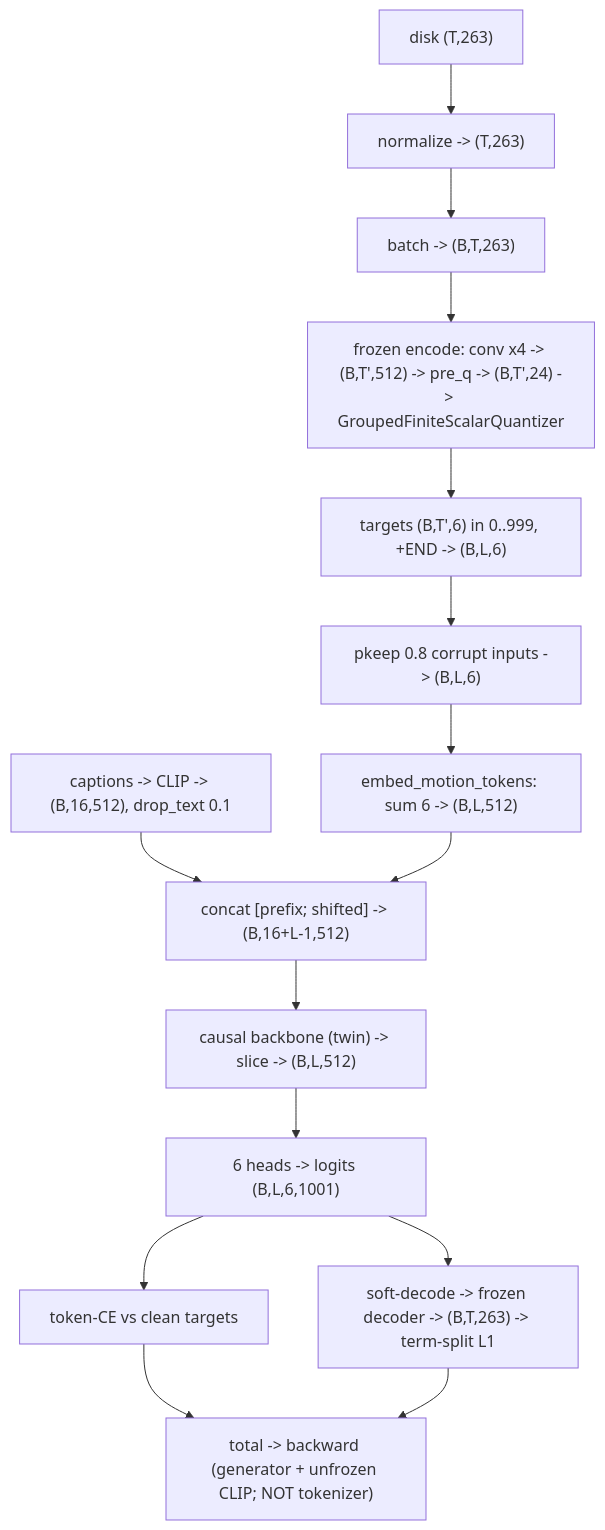
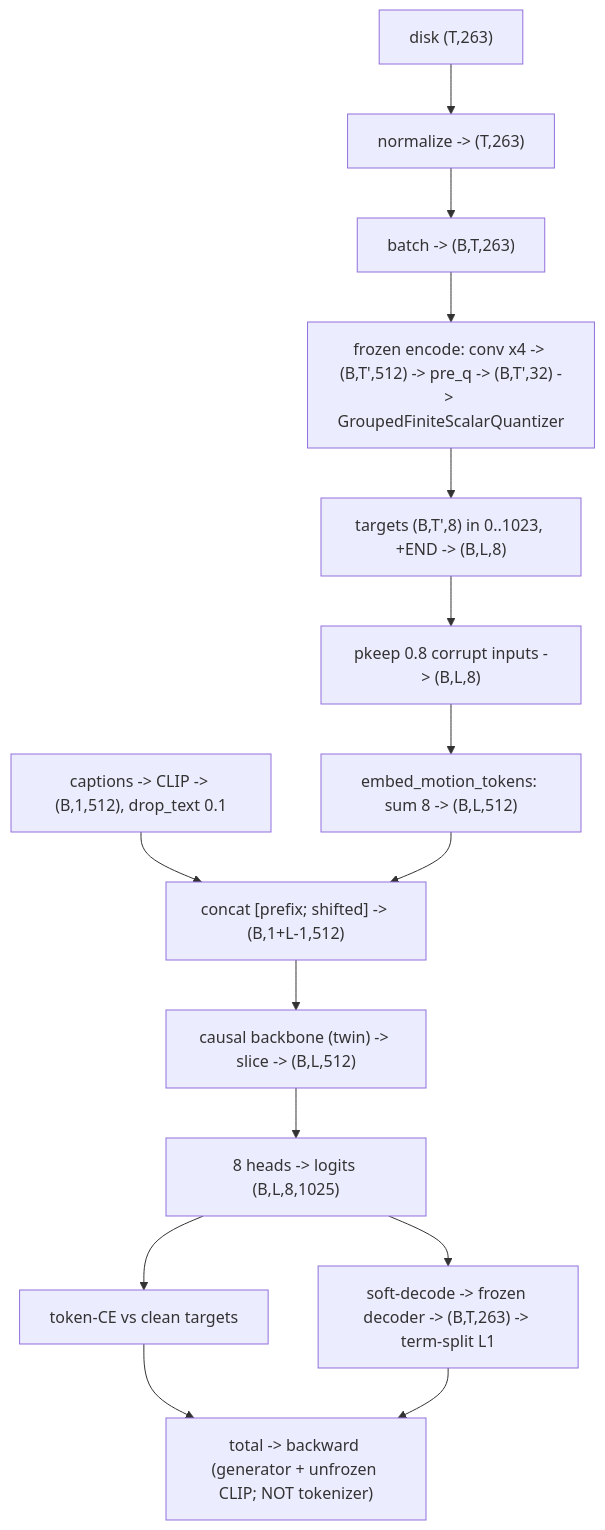
Before and after one commit to CatalinButacu/GenAI-Text2Motion: the diagram in doc/notes/lessons/09-generator-training-trace.md, drawn with Mermaid. The commit also changed other lines of this file and 24 other files, not shown here.

````diff
--- a/doc/notes/lessons/09-generator-training-trace.md
+++ b/doc/notes/lessons/09-generator-training-trace.md
@@ -10,16 +39,16 @@
 ```mermaid
 flowchart TB
   D["disk (T,263)"] --> N["normalize -> (T,263)"] --> B["batch -> (B,T,263)"]
-  B --> ENC["frozen encode: conv x4 -> (B,T',512) -> pre_q -> (B,T',24) -> GroupedFiniteScalarQuantizer"]
-  ENC --> TGT["targets (B,T',6) in 0..999, +END -> (B,L,6)"]
-  TGT --> PK["pkeep 0.8 corrupt inputs -> (B,L,6)"]
-  CAP["captions -> CLIP -> (B,16,512), drop_text 0.1"] --> CC
-   PK --> EMB["embed_motion_tokens: sum 6 -> (B,L,512)"]
-  EMB --> CC["concat [prefix; shifted] -> (B,16+L-1,512)"]
+  B --> ENC["frozen encode: conv x4 -> (B,T',512) -> pre_q -> (B,T',32) -> GroupedFiniteScalarQuantizer"]
+  ENC --> TGT["targets (B,T',8) in 0..1023, +END -> (B,L,8)"]
+  TGT --> PK["pkeep 0.8 corrupt inputs -> (B,L,8)"]
+  CAP["captions -> CLIP -> (B,1,512), drop_text 0.1"] --> CC
+   PK --> EMB["embed_motion_tokens: sum 8 -> (B,L,512)"]
+  EMB --> CC["concat [prefix; shifted] -> (B,1+L-1,512)"]
   CC --> BK["causal backbone (twin) -> slice -> (B,L,512)"]
-  BK --> HD["6 heads -> logits (B,L,6,1001)"]
+  BK --> HD["8 heads -> logits (B,L,8,1025)"]
   HD --> CE["token-CE vs clean targets"]
   HD --> SD["soft-decode -> frozen decoder -> (B,T,263) -> term-split L1"]
   CE --> TOT["total -> backward (generator + unfrozen CLIP; NOT tokenizer)"]
   SD --> TOT
 ```
````
